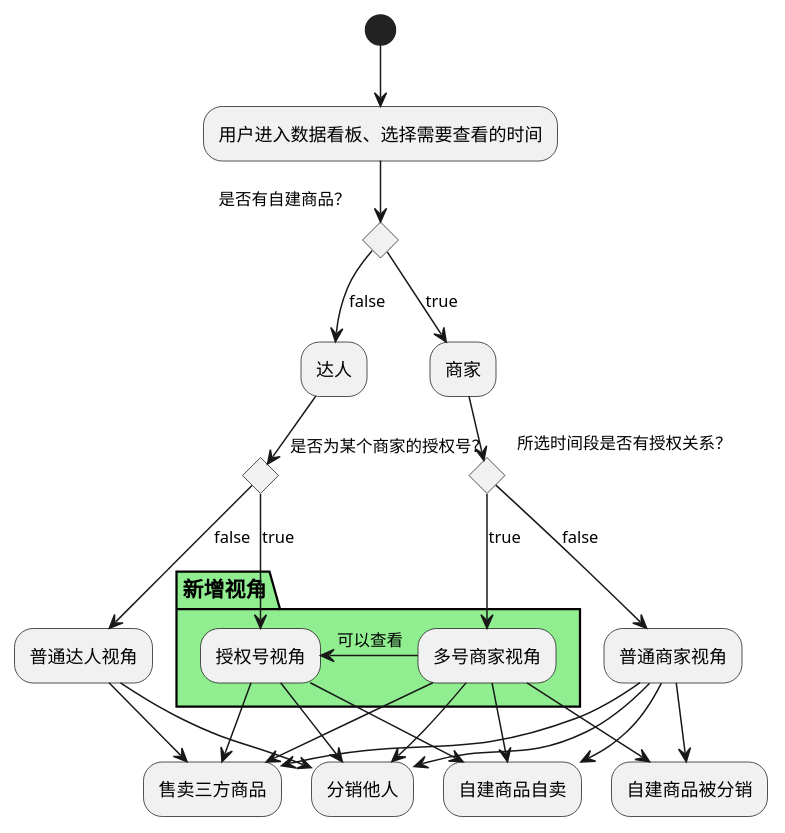
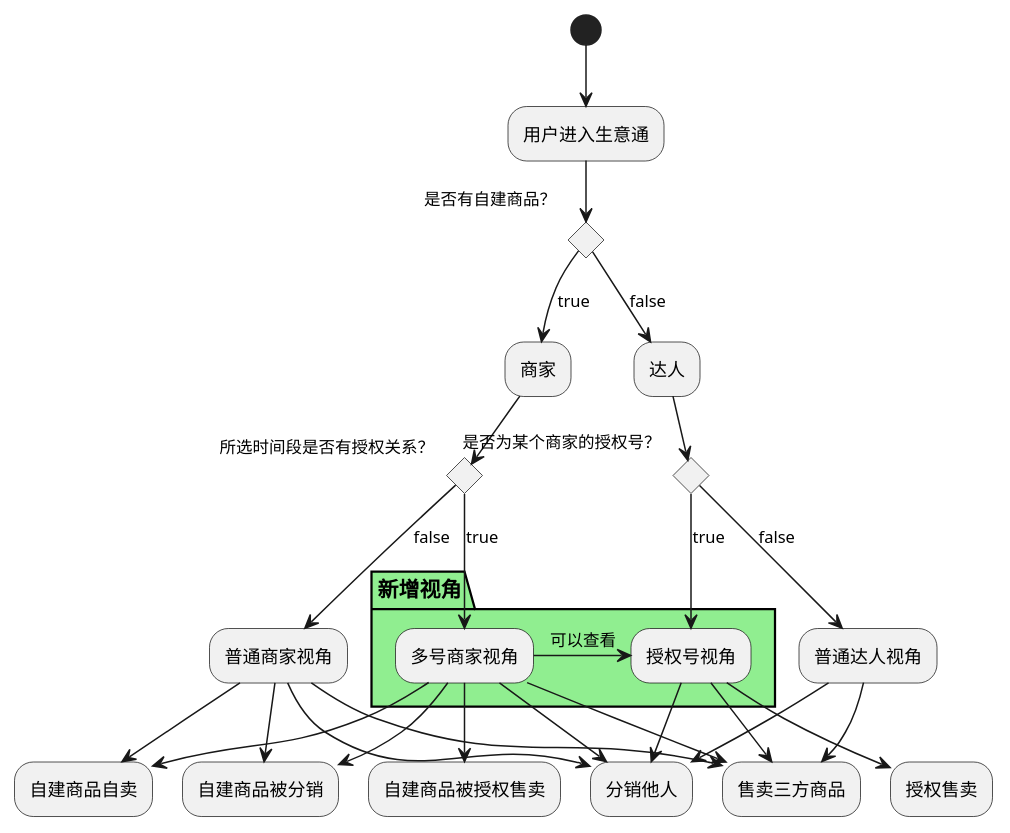
One commit to frankylvu/microFrontEnd-uml changed the diagram in multi-acount.puml. Above: the diagram before and after it, drawn with PlantUML. The commit also changed 4 other files, not shown here.

```diff
--- a/multi-acount.puml
+++ b/multi-acount.puml
@@ -1,43 +1,46 @@
-@startuml 微前端加载时序
+@startuml 一店多号
 
-(*) --> "用户进入数据看板、选择需要查看的时间"
+(*) --> "用户进入生意通"
 if "是否有自建商品？" then
 --> [true] "商家"
   if "所选时间段是否有授权关系？" then
   partition 新增视角 #LightGreen  {
     --> [true] 多号商家视角
   }
   else
   --> [false] 普通商家视角
   endif
 else
 --> [false] "达人"
   if "是否为某个商家的授权号？" then
   partition 新增视角 #LightGreen  {
     --> [true] 授权号视角
   }
   else
     --> [false] 普通达人视角
 endif
 
 多号商家视角 -right-> [可以查看] 授权号视角
 
 多号商家视角 --> 分销他人
 授权号视角 --> 分销他人
 普通达人视角 --> 分销他人
 普通商家视角 --> 分销他人
 
 多号商家视角 --> 自建商品自卖
-授权号视角 --> 自建商品自卖
 普通商家视角 --> 自建商品自卖
 
 多号商家视角 --> 自建商品被分销
 普通商家视角 --> 自建商品被分销
 
 多号商家视角 --> 售卖三方商品
 授权号视角 --> 售卖三方商品
 普通达人视角 --> 售卖三方商品
 普通商家视角 --> 售卖三方商品
 
+授权号视角 --> 授权售卖
+
+多号商家视角 --> 自建商品被授权售卖
+
 
 @enduml
```
